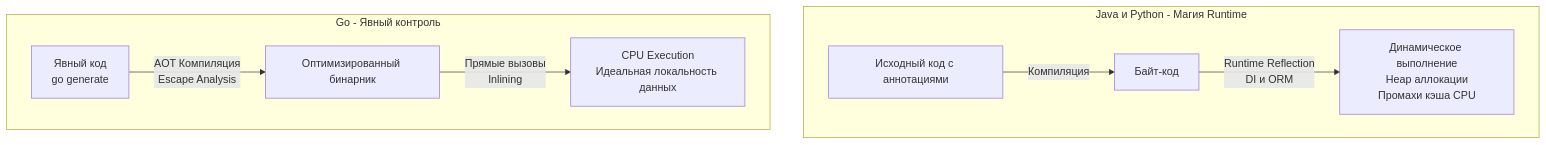
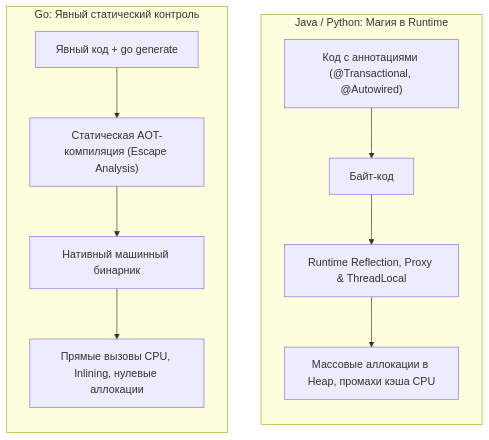
One commit to UnrealTemplier/go-textbook changed the diagram in sources/4. История и философия Go/19. Почему в Go избегают магии и скрытого поведения.md. Above: the diagram before and after it, drawn with Mermaid. The commit also changed other lines of this file, not shown here.

Commit message:
feat(module-04): editorial rewrite of Lecture 19 (Why Go avoids magic and hidden behavior) in Kernighan style

````diff
--- a/sources/4. История и философия Go/19. Почему в Go избегают магии и скрытого поведения.md
+++ b/sources/4. История и философия Go/19. Почему в Go избегают магии и скрытого поведения.md
@@ -36,11 +47,16 @@
 ```mermaid
 flowchart TD
-    subgraph OOP_MAGIC ["Java и Python - Магия Runtime"]
-        A["Исходный код с аннотациями"] -->|"Компиляция"| B["Байт-код"]
-        B -->|"Runtime Reflection<br>DI и ORM"| C["Динамическое выполнение<br>Heap аллокации<br>Промахи кэша CPU"]
+    subgraph OOP_MAGIC ["Java / Python: Магия в Runtime"]
+        direction TB
+        A["Код с аннотациями (@Transactional, @Autowired)"] --> B["Байт-код"]
+        B --> C["Runtime Reflection, Proxy & ThreadLocal"]
+        C --> D["Массовые аллокации в Heap, промахи кэша CPU"]
     end
-    subgraph GO_EXPLICIT ["Go - Явный контроль"]
-        D["Явный код<br>go generate"] -->|"AOT Компиляция<br>Escape Analysis"| E["Оптимизированный бинарник"]
-        E -->|"Прямые вызовы<br>Inlining"| F["CPU Execution<br>Идеальная локальность данных"]
+
+    subgraph GO_EXPLICIT ["Go: Явный статический контроль"]
+        direction TB
+        E["Явный код + go generate"] --> F["Статическая AOT-компиляция (Escape Analysis)"]
+        F --> G["Нативный машинный бинарник"]
+        G --> H["Прямые вызовы CPU, Inlining, нулевые аллокации"]
     end
 ```
````
